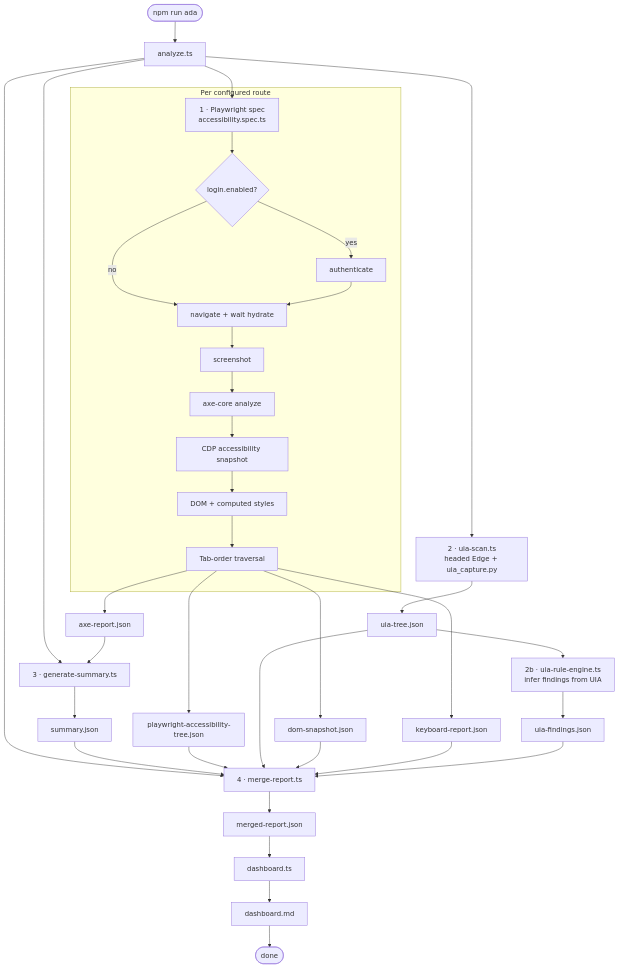
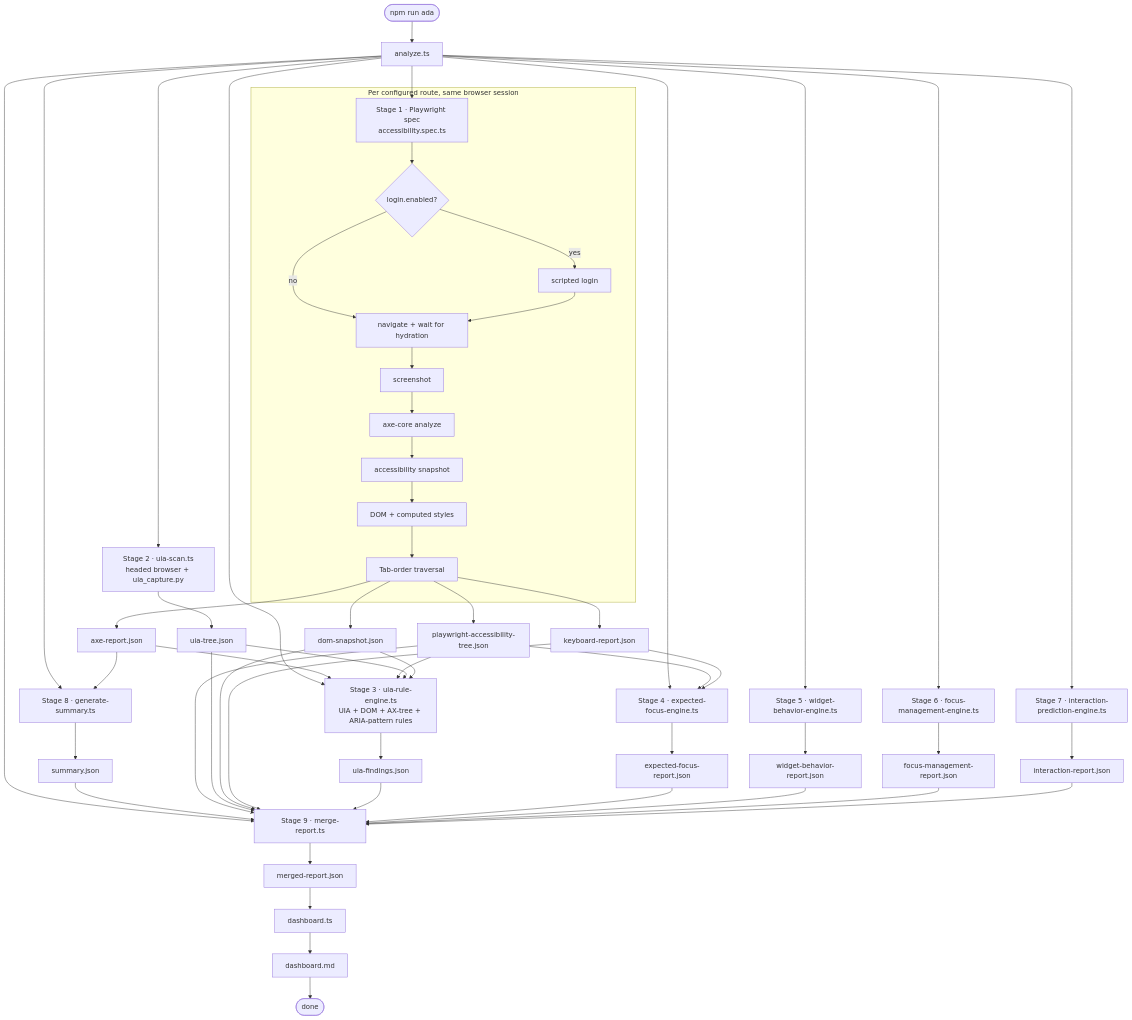
One commit to vivek1952p/GiftApp changed the third of 8 diagrams in ADA Harness/ARCHITECTURE.md. Above: the diagram before and after it, drawn with Mermaid. The commit also changed other lines of this file and 60 other files, not shown here.

````diff
--- a/ADA Harness/ARCHITECTURE.md
+++ b/ADA Harness/ARCHITECTURE.md
@@ -72,41 +121,64 @@
 ```mermaid
 flowchart TD
     START([npm run ada]) --> A[analyze.ts]
 
-    A --> P1["1 · Playwright spec<br/>accessibility.spec.ts"]
-    subgraph SPEC["Per configured route"]
+    A --> P1["Stage 1 · Playwright spec<br/>accessibility.spec.ts"]
+    subgraph SPEC["Per configured route, same browser session"]
         P1 --> LOGIN{"login.enabled?"}
-        LOGIN -->|yes| DoLogin[authenticate]
-        LOGIN -->|no| Nav["navigate + wait hydrate"]
+        LOGIN -->|yes| DoLogin[scripted login]
+        LOGIN -->|no| Nav["navigate + wait for hydration"]
         DoLogin --> Nav
         Nav --> Shot[screenshot]
         Shot --> RunAxe["axe-core analyze"]
-        RunAxe --> RunSnap["CDP accessibility snapshot"]
+        RunAxe --> RunSnap["accessibility snapshot"]
         RunSnap --> RunDom["DOM + computed styles"]
         RunDom --> RunKb["Tab-order traversal"]
     end
     RunKb --> W1[axe-report.json]
     RunKb --> W3[playwright-accessibility-tree.json]
     RunKb --> W5[dom-snapshot.json]
     RunKb --> W6[keyboard-report.json]
 
-    A --> P2["2 · uia-scan.ts<br/>headed Edge + uia_capture.py"]
+    A --> P2["Stage 2 · uia-scan.ts<br/>headed browser + uia_capture.py"]
     P2 --> W4[uia-tree.json]
-    W4 --> RE["2b · uia-rule-engine.ts<br/>infer findings from UIA"]
-    RE --> WF[uia-findings.json]
 
-    A --> P3["3 · generate-summary.ts"]
-    W1 --> P3 --> W2[summary.json]
+    A --> P3["Stage 3 · uia-rule-engine.ts<br/>UIA + DOM + AX-tree + ARIA-pattern rules"]
+    W1 --> P3
+    W3 --> P3
+    W4 --> P3
+    W5 --> P3
+    P3 --> WF[uia-findings.json]
 
-    A --> P4["4 · merge-report.ts"]
-    W2 --> P4
+    A --> P4["Stage 4 · expected-focus-engine.ts"]
     W3 --> P4
-    W4 --> P4
-    W5 --> P4
     W6 --> P4
-    WF --> P4
-    P4 --> MR[merged-report.json]
+    P4 --> EFR[expected-focus-report.json]
+
+    A --> P5["Stage 5 · widget-behavior-engine.ts"]
+    P5 --> WBR[widget-behavior-report.json]
+
+    A --> P6["Stage 6 · focus-management-engine.ts"]
+    P6 --> FMR[focus-management-report.json]
+
+    A --> P7["Stage 7 · interaction-prediction-engine.ts"]
+    P7 --> IPR[interaction-report.json]
+
+    A --> P8["Stage 8 · generate-summary.ts"]
+    W1 --> P8 --> W2[summary.json]
+
+    A --> P9["Stage 9 · merge-report.ts"]
+    W2 --> P9
+    W3 --> P9
+    W4 --> P9
+    W5 --> P9
+    W6 --> P9
+    WF --> P9
+    EFR --> P9
+    WBR --> P9
+    FMR --> P9
+    IPR --> P9
+    P9 --> MR[merged-report.json]
 
     MR --> DASHGEN[dashboard.ts] --> DASH[dashboard.md]
     DASH --> END([done])
 ```
````
